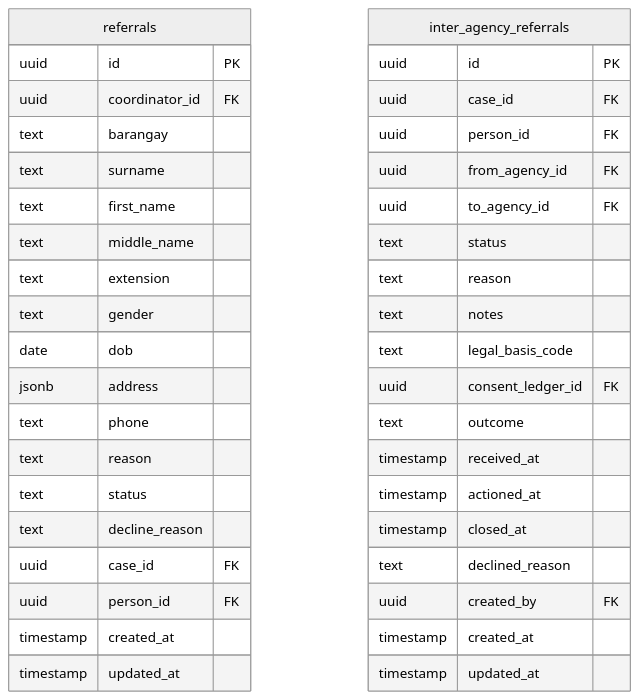
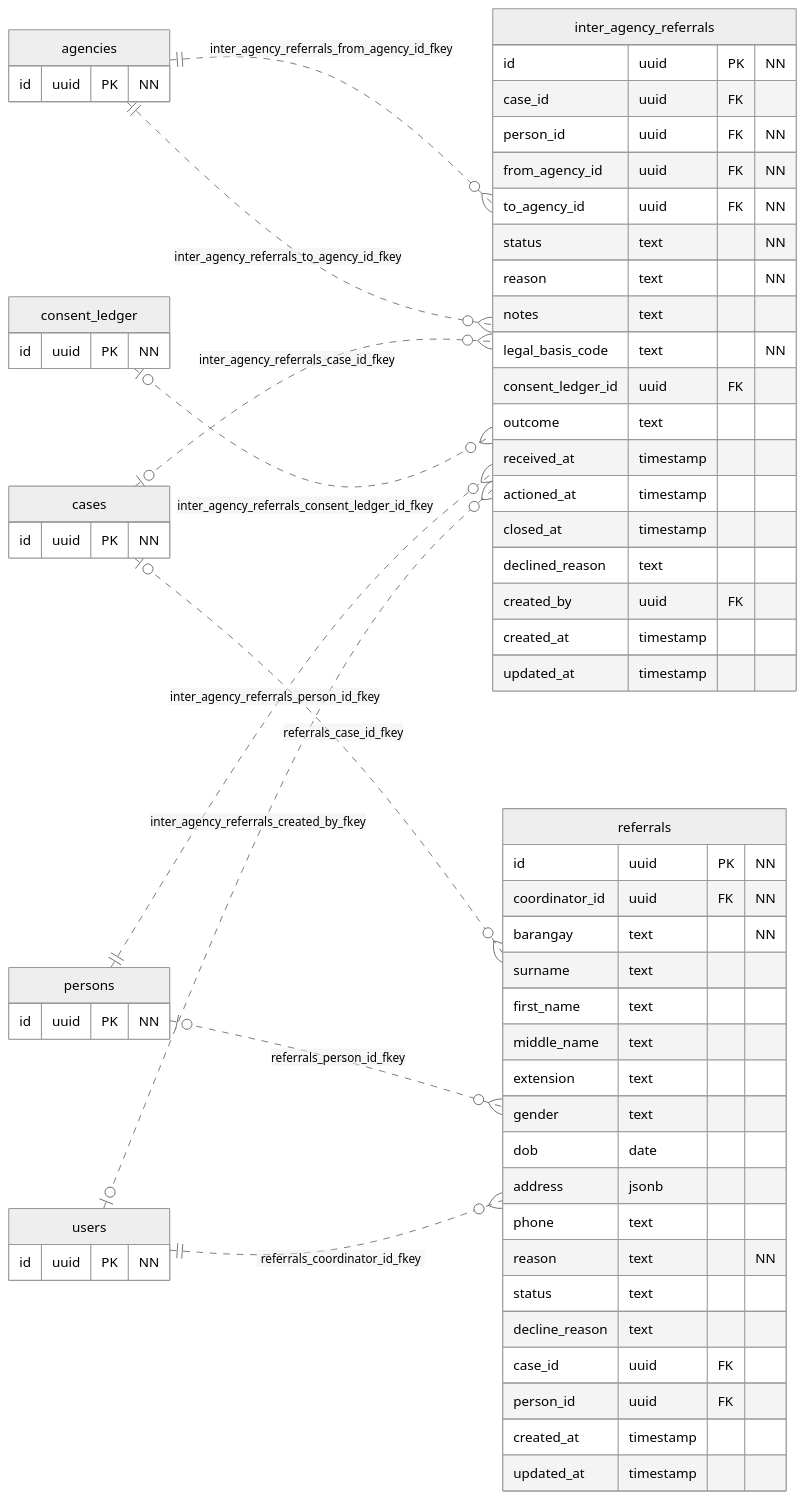
One commit to urlsalimbot/THESIS1-KAPWA changed the seventh of 12 diagrams in docs/diagrams/06-erd.md. Above: the diagram before and after it, drawn with Mermaid (neutral theme). The commit also changed other lines of this file and 2 other files, not shown here.

First line of the commit message:
docs(diagrams): rework the ERD into Oracle physical notation, generated

````diff
--- a/docs/diagrams/06-erd.md
+++ b/docs/diagrams/06-erd.md
@@ -1302,45 +620,68 @@
 ```mermaid
 erDiagram
+    direction LR
     "referrals" {
-        uuid id PK
-        uuid coordinator_id FK
-        text barangay
-        text surname
-        text first_name
-        text middle_name
-        text extension
-        text gender
-        date dob
-        jsonb address
-        text phone
-        text reason
-        text status
-        text decline_reason
-        uuid case_id FK
-        uuid person_id FK
-        timestamp created_at
-        timestamp updated_at
+        id uuid PK "NN"
+        coordinator_id uuid FK "NN"
+        barangay text "NN"
+        surname text
+        first_name text
+        middle_name text
+        extension text
+        gender text
+        dob date
+        address jsonb
+        phone text
+        reason text "NN"
+        status text
+        decline_reason text
+        case_id uuid FK
+        person_id uuid FK
+        created_at timestamp
+        updated_at timestamp
     }
-
     "inter_agency_referrals" {
-        uuid id PK
-        uuid case_id FK
-        uuid person_id FK
-        uuid from_agency_id FK
-        uuid to_agency_id FK
-        text status
-        text reason
-        text notes
-        text legal_basis_code
-        uuid consent_ledger_id FK
-        text outcome
-        timestamp received_at
-        timestamp actioned_at
-        timestamp closed_at
-        text declined_reason
-        uuid created_by FK
-        timestamp created_at
-        timestamp updated_at
+        id uuid PK "NN"
+        case_id uuid FK
+        person_id uuid FK "NN"
+        from_agency_id uuid FK "NN"
+        to_agency_id uuid FK "NN"
+        status text "NN"
+        reason text "NN"
+        notes text
+        legal_basis_code text "NN"
+        consent_ledger_id uuid FK
+        outcome text
+        received_at timestamp
+        actioned_at timestamp
+        closed_at timestamp
+        declined_reason text
+        created_by uuid FK
+        created_at timestamp
+        updated_at timestamp
     }
-
+    "agencies" {
+        id uuid PK "NN"
+    }
+    "cases" {
+        id uuid PK "NN"
+    }
+    "consent_ledger" {
+        id uuid PK "NN"
+    }
+    "persons" {
+        id uuid PK "NN"
+    }
+    "users" {
+        id uuid PK "NN"
+    }
+    "agencies" ||..o{ "inter_agency_referrals" : "inter_agency_referrals_from_agency_id_fkey"
+    "agencies" ||..o{ "inter_agency_referrals" : "inter_agency_referrals_to_agency_id_fkey"
+    "cases" o|..o{ "inter_agency_referrals" : "inter_agency_referrals_case_id_fkey"
+    "cases" o|..o{ "referrals" : "referrals_case_id_fkey"
+    "consent_ledger" o|..o{ "inter_agency_referrals" : "inter_agency_referrals_consent_ledger_id_fkey"
+    "persons" o|..o{ "referrals" : "referrals_person_id_fkey"
+    "persons" ||..o{ "inter_agency_referrals" : "inter_agency_referrals_person_id_fkey"
+    "users" o|..o{ "inter_agency_referrals" : "inter_agency_referrals_created_by_fkey"
+    "users" ||..o{ "referrals" : "referrals_coordinator_id_fkey"
 ```
````
